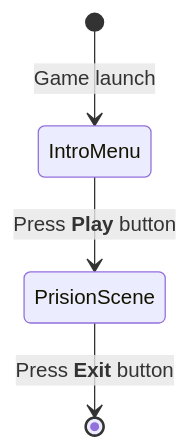
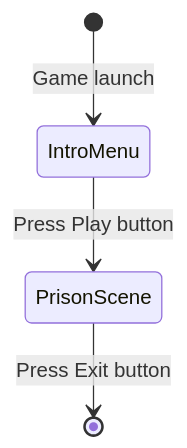
Before and after one commit to Kang-Hsi/hfsm-bt: the second of 3 diagrams in README.md, drawn with Mermaid. The commit also changed other lines of this file, not shown here.

````diff
--- a/README.md
+++ b/README.md
@@ -107,9 +69,6 @@
 ```mermaid
 stateDiagram-v2
-    [*] --> IntroMenu : Game launch
-
-    IntroMenu --> PrisionScene : Press **Play** button
-
-    PrisionScene --> [*]: Press **Exit** button
-
+  [*] --> IntroMenu : Game launch
+  IntroMenu --> PrisonScene : Press Play button
+  PrisonScene --> [*] : Press Exit button
 ```
````
